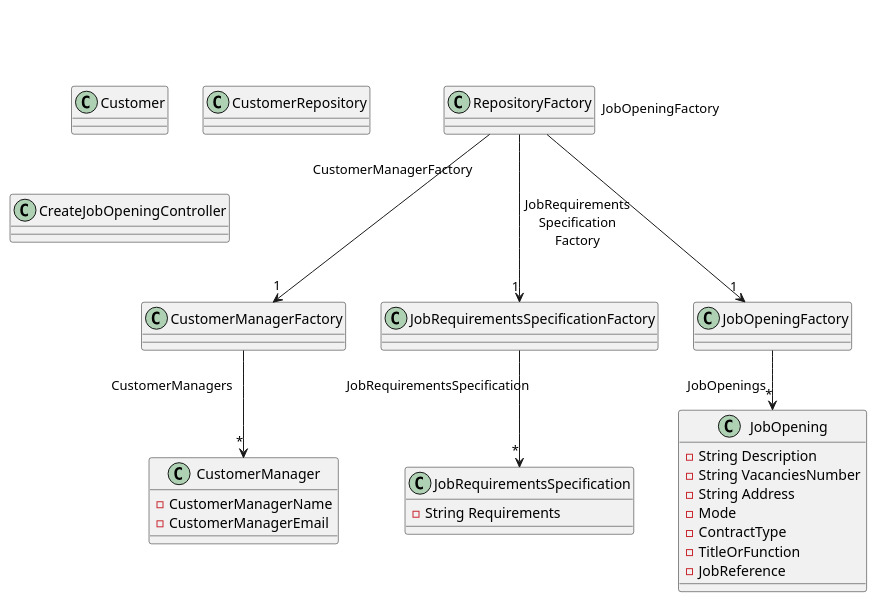
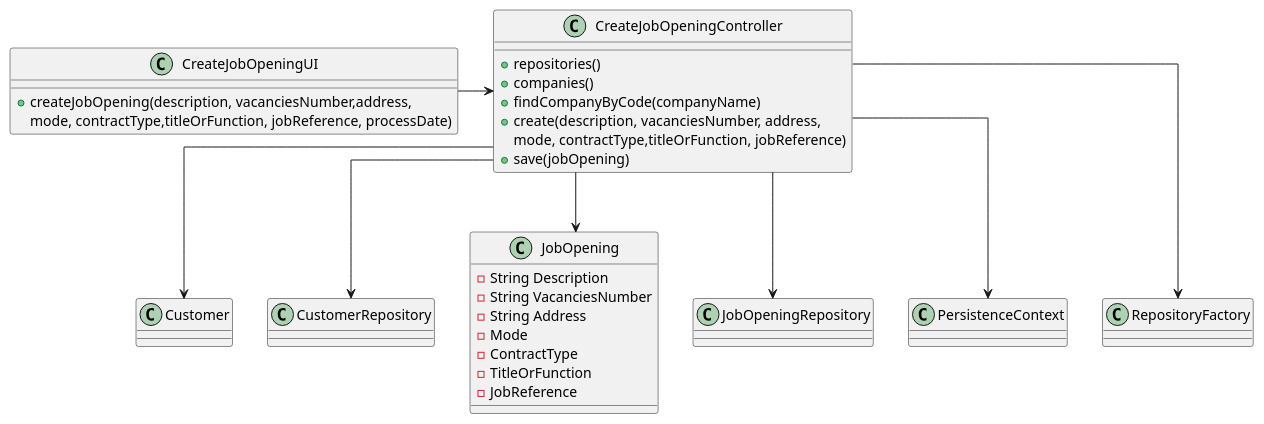
One commit to MiguelCardoso77/LAPR4 changed the diagram in docs/SprintB/1002/1002-class-diagram.puml. Above: the diagram before and after it, drawn with PlantUML.

Commit message:
class diagram structure #10

```diff
--- a/docs/SprintB/1002/1002-class-diagram.puml
+++ b/docs/SprintB/1002/1002-class-diagram.puml
@@ -1,48 +1,60 @@
 @startuml
-'skinparam linetype ortho
+skinparam linetype ortho
 'left to right direction
 
-class Customer
+class Customer {}
 
-class CustomerRepository
+class CustomerRepository {}
 
-class CreateJobOpeningController
-class CustomerManager {
-    - CustomerManagerName
-    - CustomerManagerEmail
+class CreateJobOpeningUI {
+    +createJobOpening(description, vacanciesNumber,address,
+    mode, contractType,titleOrFunction, jobReference, processDate)
 }
 
-class CustomerManagerFactory {}
-
-class JobRequirementsSpecification {
-   - String Requirements
+class CreateJobOpeningController {
+    + repositories()
+    + companies()
+    + findCompanyByCode(companyName)
+    + create(description, vacanciesNumber, address,
+    mode, contractType,titleOrFunction, jobReference)
+    + save(jobOpening)
 }
-class JobRequirementsSpecificationFactory {}
 
 class JobOpening {
    - String Description
    - String VacanciesNumber
    - String Address
    - Mode
    - ContractType
    - TitleOrFunction
    - JobReference
 }
-class JobOpeningFactory {}
+
+class JobOpeningRepository {
+}
+
+class PersistenceContext {}
+
 class RepositoryFactory {}
 
 
 
-RepositoryFactory "\lCustomerManagerFactory           " ---> "1" CustomerManagerFactory
-RepositoryFactory "\n\n\n\n\nJobOpeningFactory" ---> "1" JobOpeningFactory
-RepositoryFactory "\n\n\nJobRequirements\nSpecification\nFactory" ---> "1" JobRequirementsSpecificationFactory
+CreateJobOpeningUI -> CreateJobOpeningController
 
-CustomerManagerFactory "\nCustomerManagers" --> "*" CustomerManager
-JobOpeningFactory "\nJobOpenings" --> "*" JobOpening
-JobRequirementsSpecificationFactory "\nJobRequirementsSpecification" --> "*" JobRequirementsSpecification
+CreateJobOpeningController --> PersistenceContext
+
+CreateJobOpeningController --> RepositoryFactory
+
+CreateJobOpeningController --> CustomerRepository
+
+CreateJobOpeningController --> Customer
+
+CreateJobOpeningController --> JobOpening
+
+CreateJobOpeningController --> JobOpeningRepository
 
 
 
 
 
 @enduml
```
